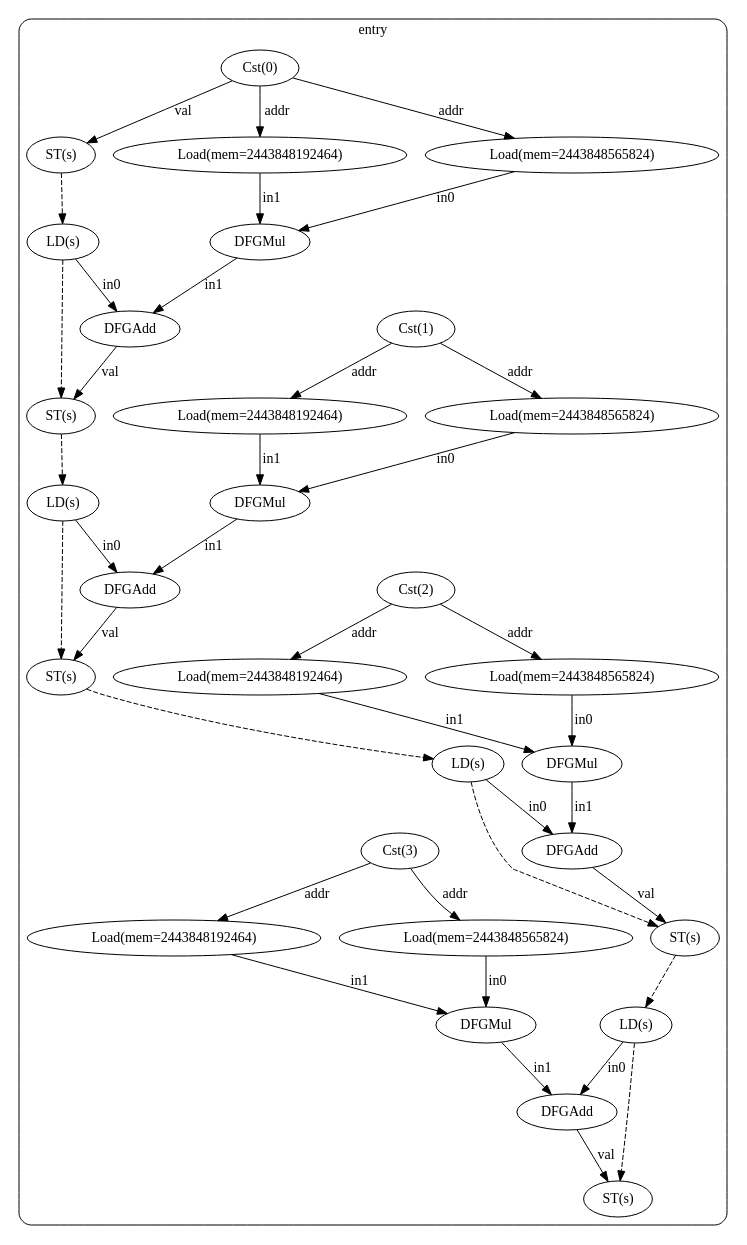
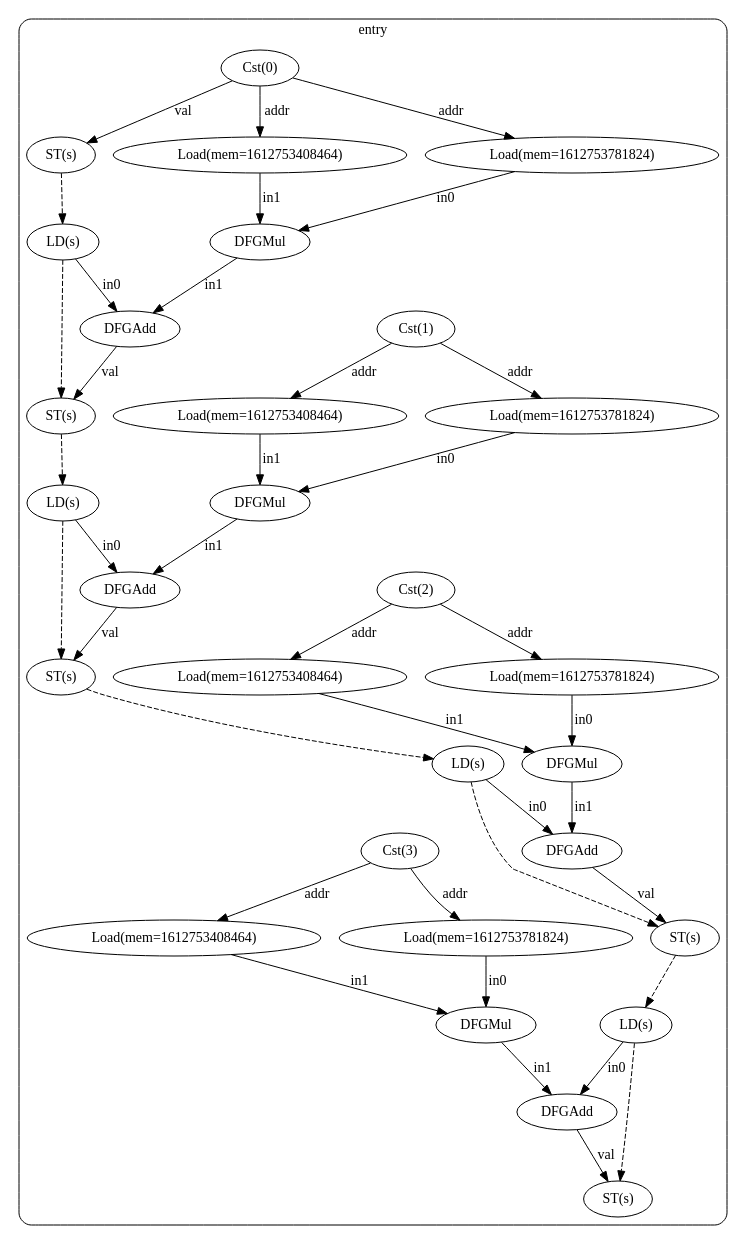
The diagram in test13/cfg_with_dfg.dot (ma-carrillo/High-level-synthesis-assignment), drawn with Graphviz before and after one commit. The commit also changed 6 other files, not shown here.

```diff
--- a/test13/cfg_with_dfg.dot
+++ b/test13/cfg_with_dfg.dot
@@ -1,73 +1,73 @@
 digraph "cfg" {
   compound=true;
   subgraph "cluster_bb0" {
     label="entry";
     style=rounded;
     bb0_n0 [label="Cst(0)"];
     bb0_n1 [label="ST(s)"];
     bb0_n2 [label="LD(s)"];
-    bb0_n3 [label="Load(mem=2443848565824)"];
-    bb0_n4 [label="Load(mem=2443848192464)"];
+    bb0_n3 [label="Load(mem=1612753781824)"];
+    bb0_n4 [label="Load(mem=1612753408464)"];
     bb0_n5 [label="DFGMul"];
     bb0_n6 [label="DFGAdd"];
     bb0_n7 [label="ST(s)"];
     bb0_n8 [label="LD(s)"];
     bb0_n9 [label="Cst(1)"];
-    bb0_n10 [label="Load(mem=2443848565824)"];
-    bb0_n11 [label="Load(mem=2443848192464)"];
+    bb0_n10 [label="Load(mem=1612753781824)"];
+    bb0_n11 [label="Load(mem=1612753408464)"];
     bb0_n12 [label="DFGMul"];
     bb0_n13 [label="DFGAdd"];
     bb0_n14 [label="ST(s)"];
     bb0_n15 [label="LD(s)"];
     bb0_n16 [label="Cst(2)"];
-    bb0_n17 [label="Load(mem=2443848565824)"];
-    bb0_n18 [label="Load(mem=2443848192464)"];
+    bb0_n17 [label="Load(mem=1612753781824)"];
+    bb0_n18 [label="Load(mem=1612753408464)"];
     bb0_n19 [label="DFGMul"];
     bb0_n20 [label="DFGAdd"];
     bb0_n21 [label="ST(s)"];
     bb0_n22 [label="LD(s)"];
     bb0_n23 [label="Cst(3)"];
-    bb0_n24 [label="Load(mem=2443848565824)"];
-    bb0_n25 [label="Load(mem=2443848192464)"];
+    bb0_n24 [label="Load(mem=1612753781824)"];
+    bb0_n25 [label="Load(mem=1612753408464)"];
     bb0_n26 [label="DFGMul"];
     bb0_n27 [label="DFGAdd"];
     bb0_n28 [label="ST(s)"];
     bb0_n0 -> bb0_n1 [label="val"];
     bb0_n0 -> bb0_n3 [label="addr"];
     bb0_n0 -> bb0_n4 [label="addr"];
     bb0_n1 -> bb0_n2 [style="dashed"];
     bb0_n2 -> bb0_n6 [label="in0"];
     bb0_n2 -> bb0_n7 [style="dashed"];
     bb0_n3 -> bb0_n5 [label="in0"];
     bb0_n4 -> bb0_n5 [label="in1"];
     bb0_n5 -> bb0_n6 [label="in1"];
     bb0_n6 -> bb0_n7 [label="val"];
     bb0_n7 -> bb0_n8 [style="dashed"];
     bb0_n8 -> bb0_n13 [label="in0"];
     bb0_n8 -> bb0_n14 [style="dashed"];
     bb0_n9 -> bb0_n10 [label="addr"];
     bb0_n9 -> bb0_n11 [label="addr"];
     bb0_n10 -> bb0_n12 [label="in0"];
     bb0_n11 -> bb0_n12 [label="in1"];
     bb0_n12 -> bb0_n13 [label="in1"];
     bb0_n13 -> bb0_n14 [label="val"];
     bb0_n14 -> bb0_n15 [style="dashed"];
     bb0_n15 -> bb0_n20 [label="in0"];
     bb0_n15 -> bb0_n21 [style="dashed"];
     bb0_n16 -> bb0_n17 [label="addr"];
     bb0_n16 -> bb0_n18 [label="addr"];
     bb0_n17 -> bb0_n19 [label="in0"];
     bb0_n18 -> bb0_n19 [label="in1"];
     bb0_n19 -> bb0_n20 [label="in1"];
     bb0_n20 -> bb0_n21 [label="val"];
     bb0_n21 -> bb0_n22 [style="dashed"];
     bb0_n22 -> bb0_n27 [label="in0"];
     bb0_n22 -> bb0_n28 [style="dashed"];
     bb0_n23 -> bb0_n24 [label="addr"];
     bb0_n23 -> bb0_n25 [label="addr"];
     bb0_n24 -> bb0_n26 [label="in0"];
     bb0_n25 -> bb0_n26 [label="in1"];
     bb0_n26 -> bb0_n27 [label="in1"];
     bb0_n27 -> bb0_n28 [label="val"];
   }
 }
```
